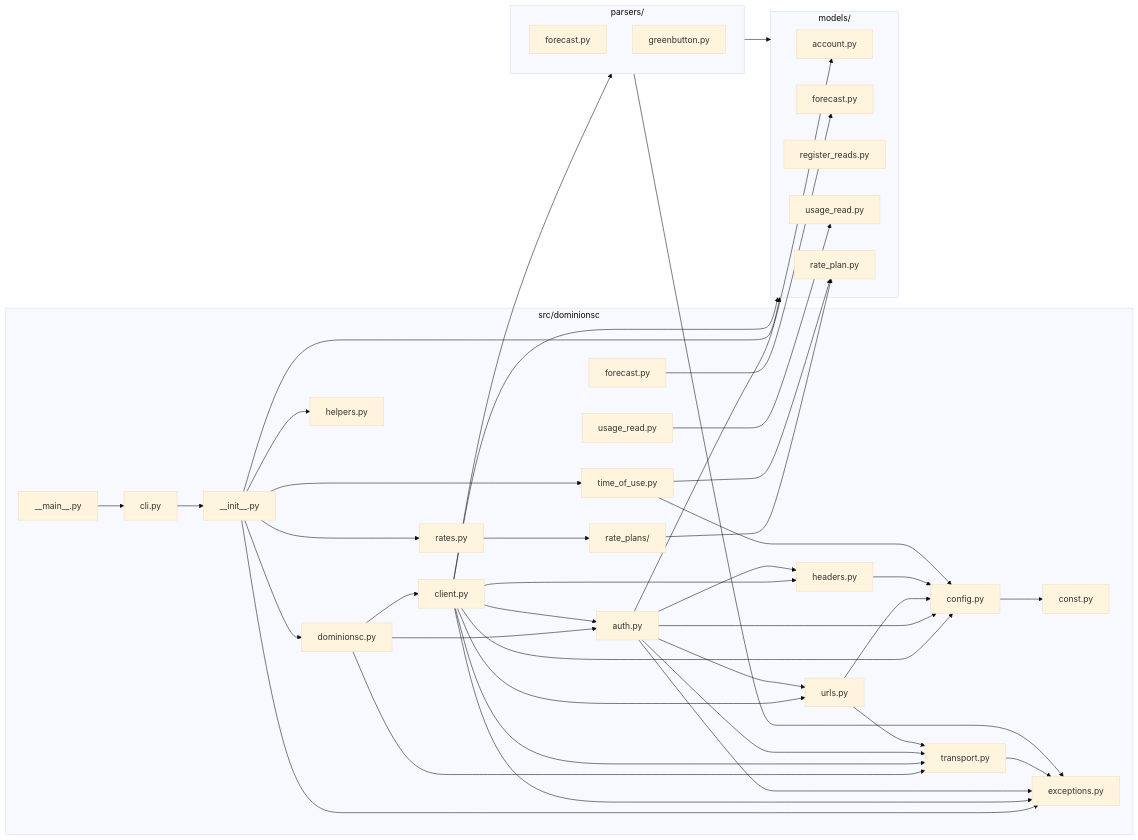
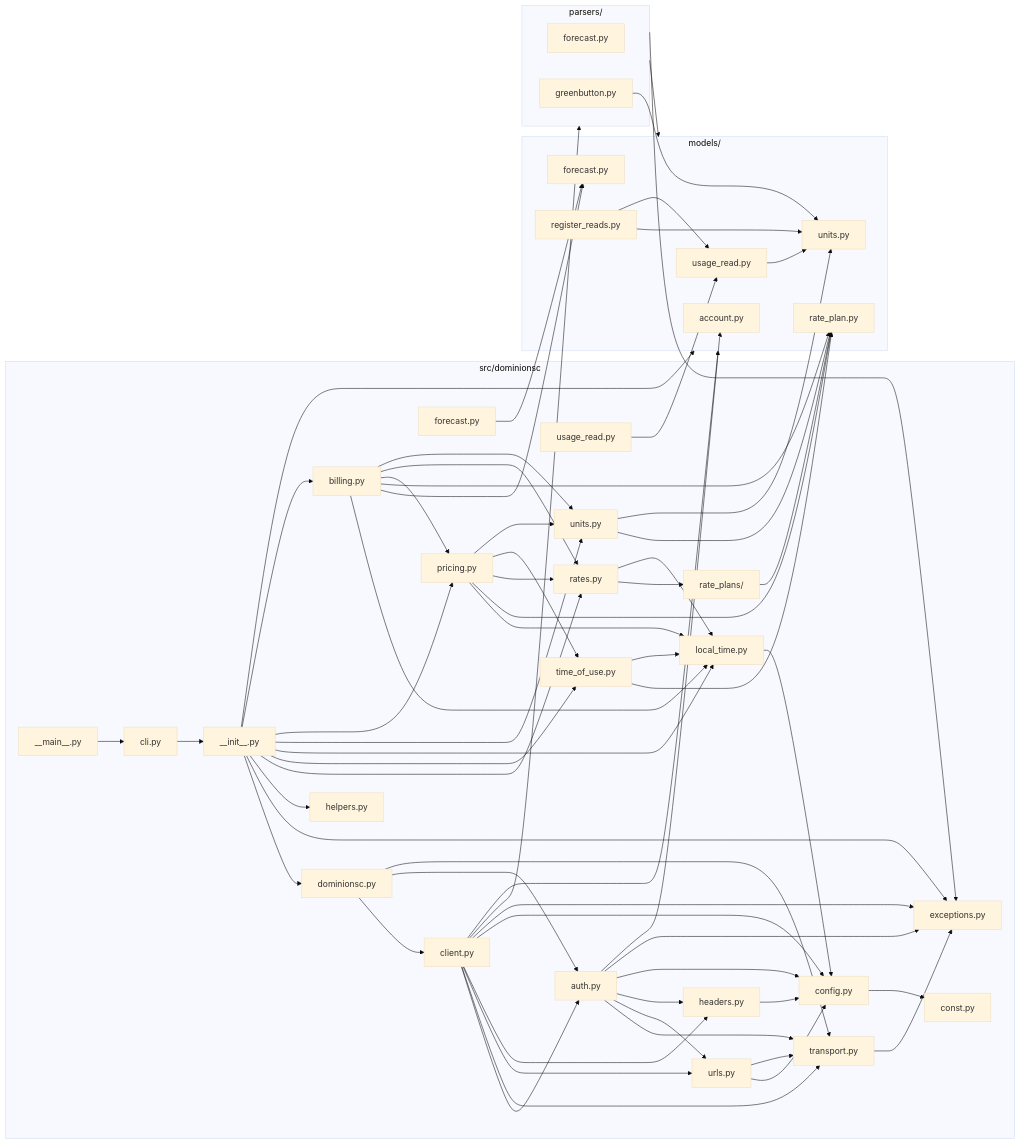
The diagram in docs/architecture/02-components.md (hype8912/dominion-sc-power), drawn with Mermaid (base theme) before and after one commit. The commit also changed other lines of this file and 10 other files, not shown here.

````diff
--- a/docs/architecture/02-components.md
+++ b/docs/architecture/02-components.md
@@ -62,6 +67,10 @@
         Rates["rates.py"]
         RatePlans["rate_plans/"]
         TOU["time_of_use.py"]
+        LocalTime["local_time.py"]
+        Units["units.py"]
+        Pricing["pricing.py"]
+        Billing["billing.py"]
         Main["__main__.py"]
     end
 
@@ -71,6 +80,7 @@
         M_RegReads["register_reads.py"]
         M_Usage["usage_read.py"]
         M_RatePlan["rate_plan.py"]
+        M_Units["units.py"]
     end
 
     subgraph Parsers["parsers/"]
@@ -115,5 +125,28 @@
     Rates --> RatePlans
     RatePlans --> M_RatePlan
     TOU --> M_RatePlan
-    TOU --> Config
+    TOU --> LocalTime
+    LocalTime --> Config
+    Rates --> LocalTime
+    Init --> LocalTime
+    Init --> Units
+    Init --> Pricing
+    Init --> Billing
+    Units --> M_RatePlan
+    Units --> M_Units
+    Pricing --> LocalTime
+    Pricing --> M_RatePlan
+    Pricing --> Rates
+    Pricing --> TOU
+    Pricing --> Units
+    Billing --> LocalTime
+    Billing --> M_Forecast
+    Billing --> M_RatePlan
+    Billing --> Pricing
+    Billing --> Rates
+    Billing --> Units
+    M_Usage --> M_Units
+    M_RegReads --> M_Units
+    M_RegReads --> M_Usage
+    P_Green --> M_Units
 ```
````
